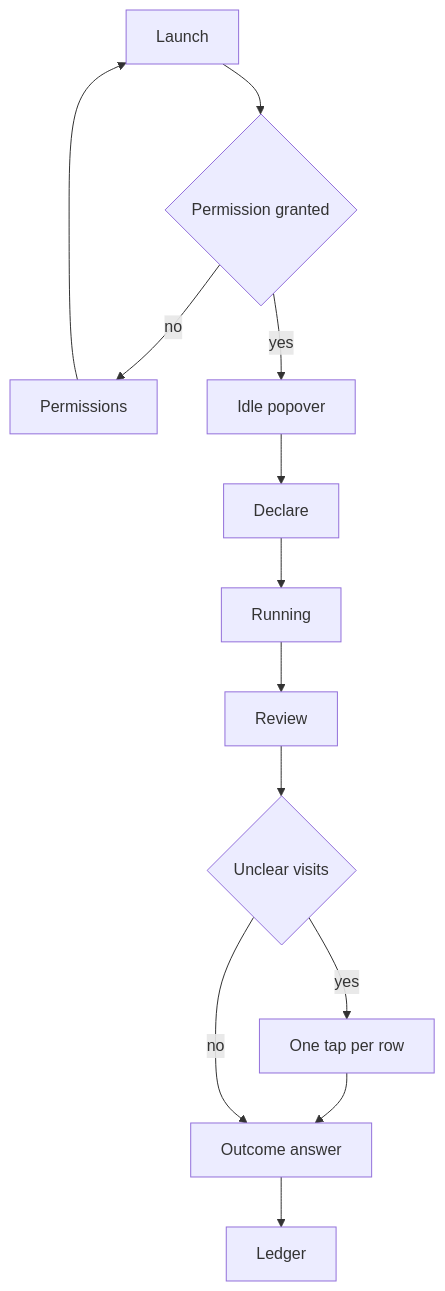
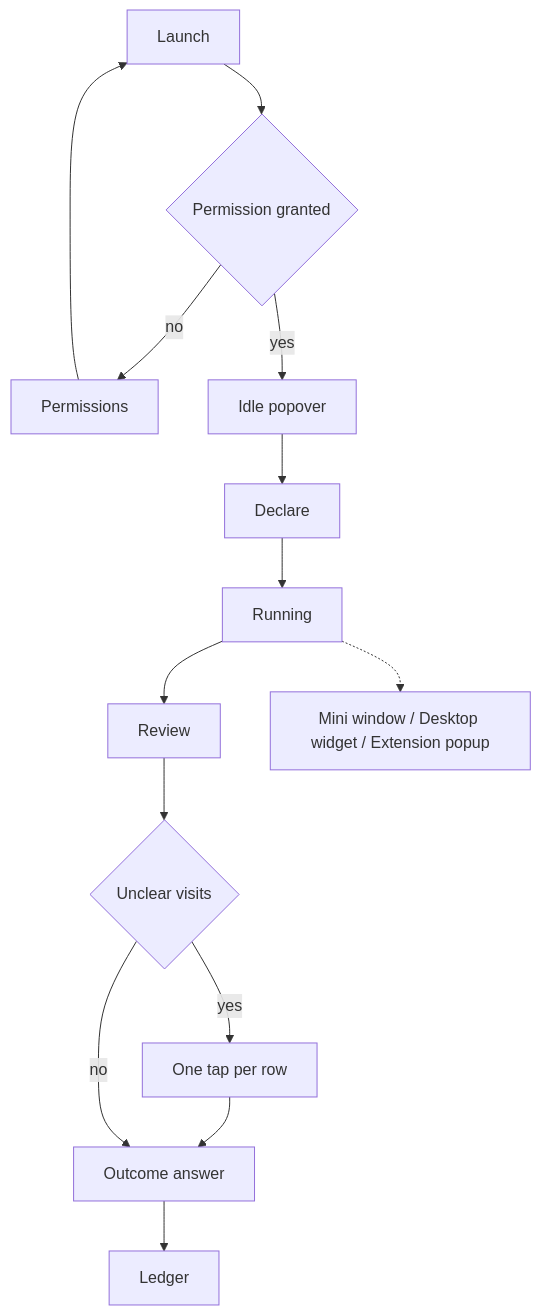
The diagram in docs/prd.md (Alexandre-Nevero/focuslocal), drawn with Mermaid before and after one commit. The commit also changed other lines of this file and 3 other files, not shown here.

````diff
--- a/docs/prd.md
+++ b/docs/prd.md
@@ -165,15 +168,16 @@
 ```mermaid
 flowchart TD
   Launch[Launch] --> Perm{Permission granted}
   Perm -->|no| PermHelp[Permissions]
   PermHelp --> Launch
   Perm -->|yes| Idle[Idle popover]
   Idle --> Declare[Declare]
   Declare --> Running[Running]
   Running --> Review[Review]
+  Running -.-> Mini[Mini window / Desktop widget / Extension popup]
   Review --> Unclear{Unclear visits}
   Unclear -->|yes| Tap[One tap per row]
   Tap --> Answer[Outcome answer]
   Unclear -->|no| Answer
   Answer --> Ledger[Ledger]
 ```
````
